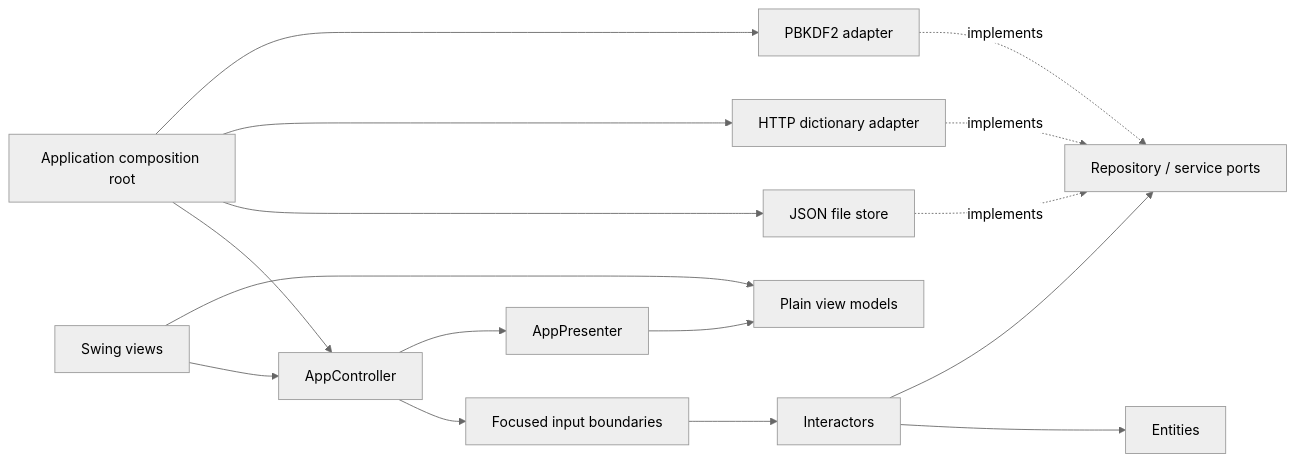
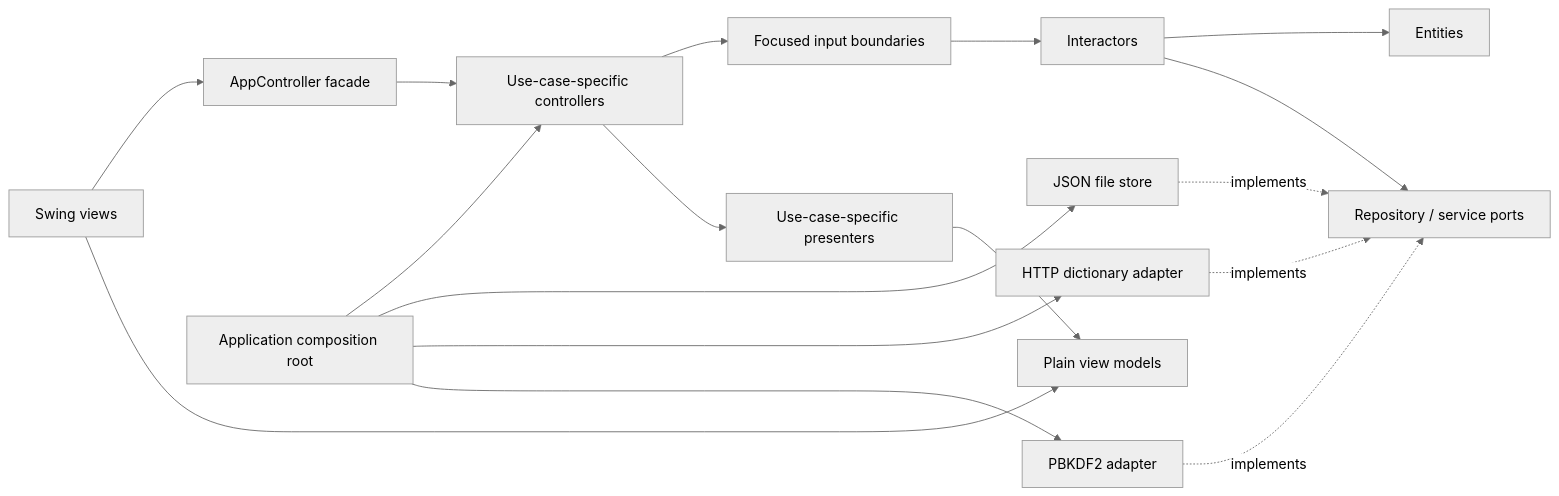
One commit to fanfan170721/team-project changed the diagram in docs/ARCHITECTURE.md. Above: the diagram before and after it, drawn with Mermaid (neutral theme). The commit also changed other lines of this file and 12 other files, not shown here.

````diff
--- a/docs/ARCHITECTURE.md
+++ b/docs/ARCHITECTURE.md
@@ -5,18 +5,19 @@
 ```mermaid
 flowchart LR
-    V[Swing views] --> C[AppController]
+    V[Swing views] --> F[AppController facade]
+    F --> C[Use-case-specific controllers]
     C --> I[Focused input boundaries]
     I --> U[Interactors]
     U --> E[Entities]
     U --> P[Repository / service ports]
     D[JSON file store] -. implements .-> P
     H[HTTP dictionary adapter] -. implements .-> P
     B[PBKDF2 adapter] -. implements .-> P
-    C --> R[AppPresenter]
+    C --> R[Use-case-specific presenters]
     R --> M[Plain view models]
     V --> M
     A[Application composition root] --> C
     A --> D
     A --> H
     A --> B
 ```
````
